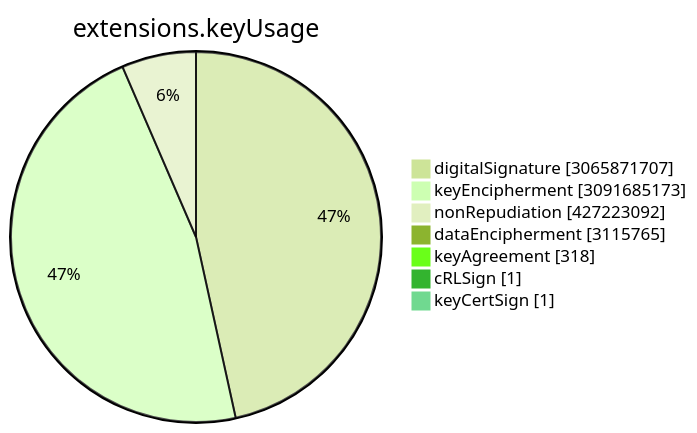
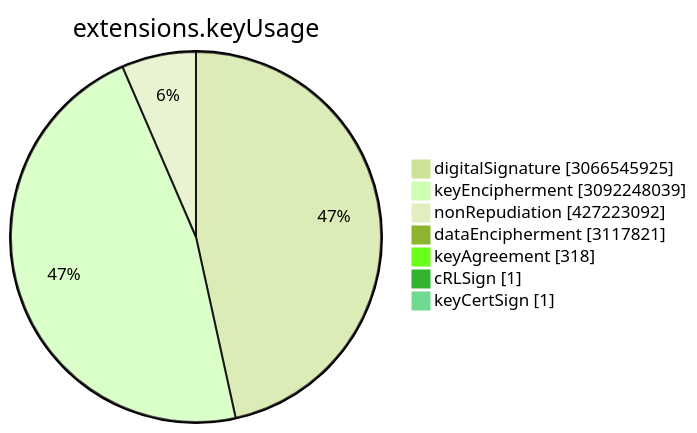
One commit to christiankrug/ctmonitor_visualization changed the sixth of 15 diagrams in TOTAL/README.md. Above: the diagram before and after it, drawn with Mermaid (forest theme). The commit also changed other lines of this file, not shown here.

````diff
--- a/TOTAL/README.md
+++ b/TOTAL/README.md
@@ -3075,11 +3075,11 @@
 ```mermaid
 pie showData
 title extensions.keyUsage
-"digitalSignature" :3065871707
-"keyEncipherment" :3091685173
+"digitalSignature" :3066545925
+"keyEncipherment" :3092248039
 "nonRepudiation" :427223092
-"dataEncipherment" :3115765
+"dataEncipherment" :3117821
 "keyAgreement" :318
 "cRLSign" :1
 "keyCertSign" :1
 ```
````
